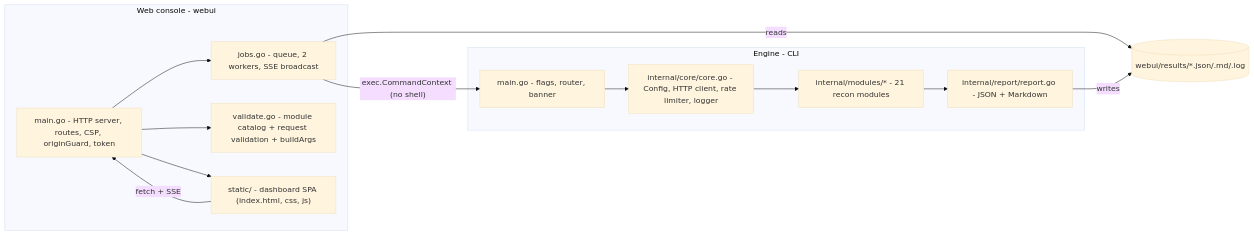
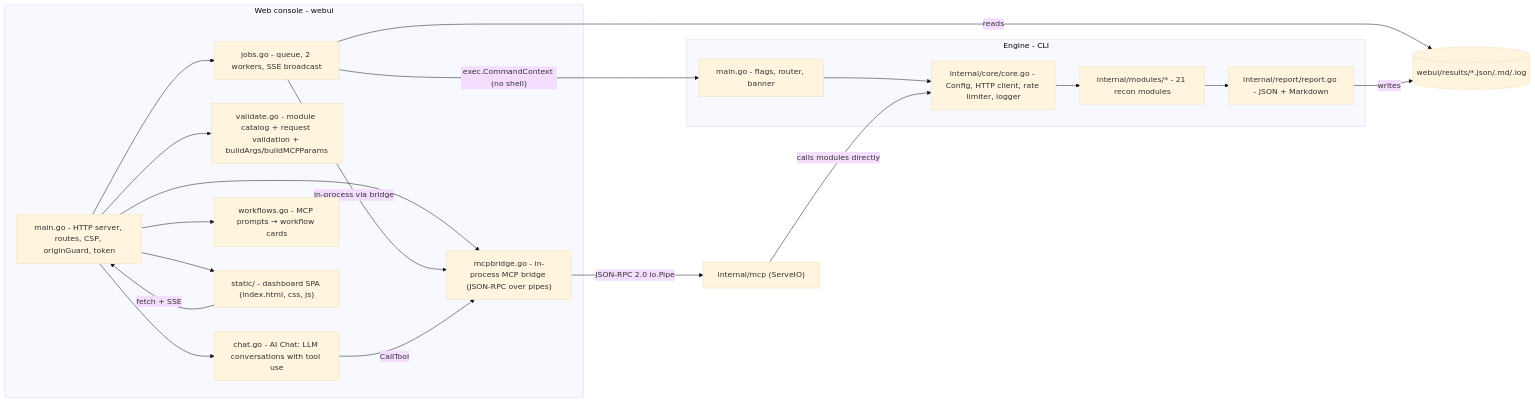
Before and after one commit to R4Wbytes/w1r3hound: the first of 2 diagrams in docs/PROJECT_STATE.md, drawn with Mermaid (base theme). The commit also changed other lines of this file and 20 other files, not shown here.

First line of the commit message:
feat(webui): AI Chat, MCP bridge, workflow cards, MCP-sourced scans

````diff
--- a/docs/PROJECT_STATE.md
+++ b/docs/PROJECT_STATE.md
@@ -12,23 +13,33 @@
 ```mermaid
 flowchart LR
   subgraph engine [Engine - CLI]
     Main["main.go - flags, router, banner"]
     Core["internal/core/core.go - Config, HTTP client, rate limiter, logger"]
     Mods["internal/modules/* - 21 recon modules"]
     Rep["internal/report/report.go - JSON + Markdown"]
     Main --> Core --> Mods --> Rep
   end
   subgraph gui [Web console - webui]
     Srv["main.go - HTTP server, routes, CSP, originGuard, token"]
     Jobs["jobs.go - queue, 2 workers, SSE broadcast"]
-    Val["validate.go - module catalog + request validation + buildArgs"]
+    Val["validate.go - module catalog + request validation + buildArgs/buildMCPParams"]
+    Bridge["mcpbridge.go - in-process MCP bridge (JSON-RPC over pipes)"]
+    Chat["chat.go - AI Chat: LLM conversations with tool use"]
+    WF["workflows.go - MCP prompts → workflow cards"]
     Static["static/ - dashboard SPA (index.html, css, js)"]
     Srv --> Jobs
     Srv --> Val
+    Srv --> Bridge
+    Srv --> Chat
+    Srv --> WF
     Srv --> Static
   end
   Static -->|"fetch + SSE"| Srv
   Jobs -->|"exec.CommandContext (no shell)"| Main
+  Jobs -->|"in-process via bridge"| Bridge
+  Bridge -->|"JSON-RPC 2.0 io.Pipe"| MCP2["internal/mcp (ServeIO)"]
+  MCP2 -->|"calls modules directly"| Core
+  Chat -->|"CallTool"| Bridge
   Jobs -->|"reads"| Results[("webui/results/*.json/.md/.log")]
   Rep -->|"writes"| Results
 ```
````
